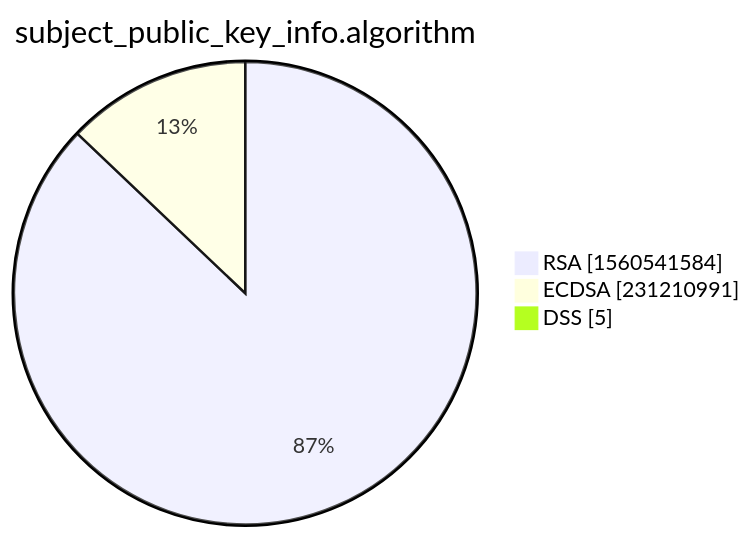
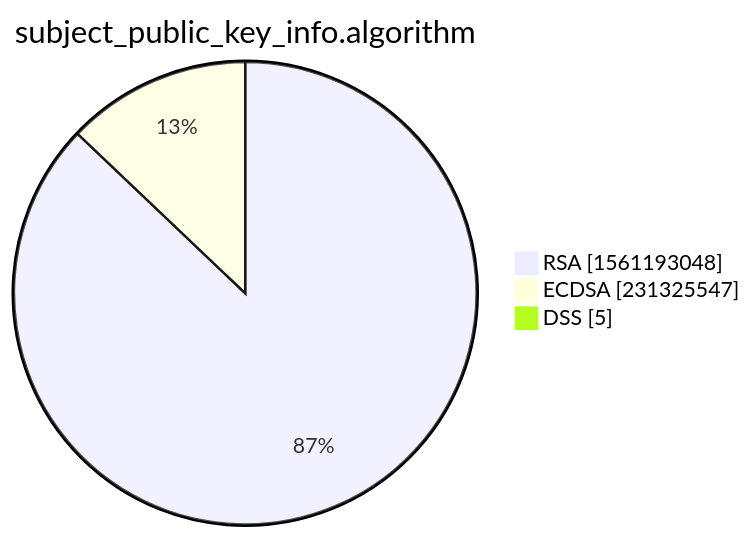
Before and after one commit to christiankrug/ctmonitor_visualization: the third of 15 diagrams in xenon2022/README.md, drawn with Mermaid. The commit also changed other lines of this file, not shown here.

````diff
--- a/xenon2022/README.md
+++ b/xenon2022/README.md
@@ -14,7 +14,7 @@
 ```mermaid
 pie showData
 title subject_public_key_info.algorithm
-"RSA" :1560541584
-"ECDSA" :231210991
+"RSA" :1561193048
+"ECDSA" :231325547
 "DSS" :5
 ```
````
